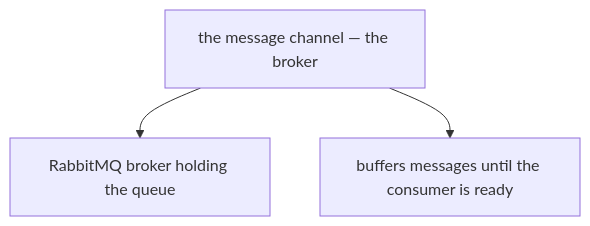
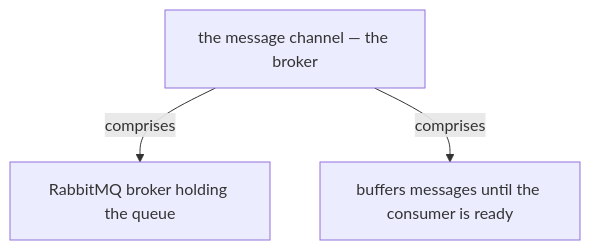
One commit to vinayakuber/microservices-io-study-guide changed the sixth of 13 diagrams in docs/ch05-messaging.md. Above: the diagram before and after it, drawn with Mermaid. The commit also changed other lines of this file and 71 other files, not shown here.

First line of the commit message:
R18: label every diagram arrow with its meaning

````diff
--- a/docs/ch05-messaging.md
+++ b/docs/ch05-messaging.md
@@ -245,6 +245,6 @@
 ```mermaid
 flowchart TD
   R["the message channel — the broker"]
-  R --> P0["RabbitMQ broker holding the queue"]
-  R --> P1["buffers messages until the consumer is ready"]
+  R -->|"comprises"| P0["RabbitMQ broker holding the queue"]
+  R -->|"comprises"| P1["buffers messages until the consumer is ready"]
 ```
````
